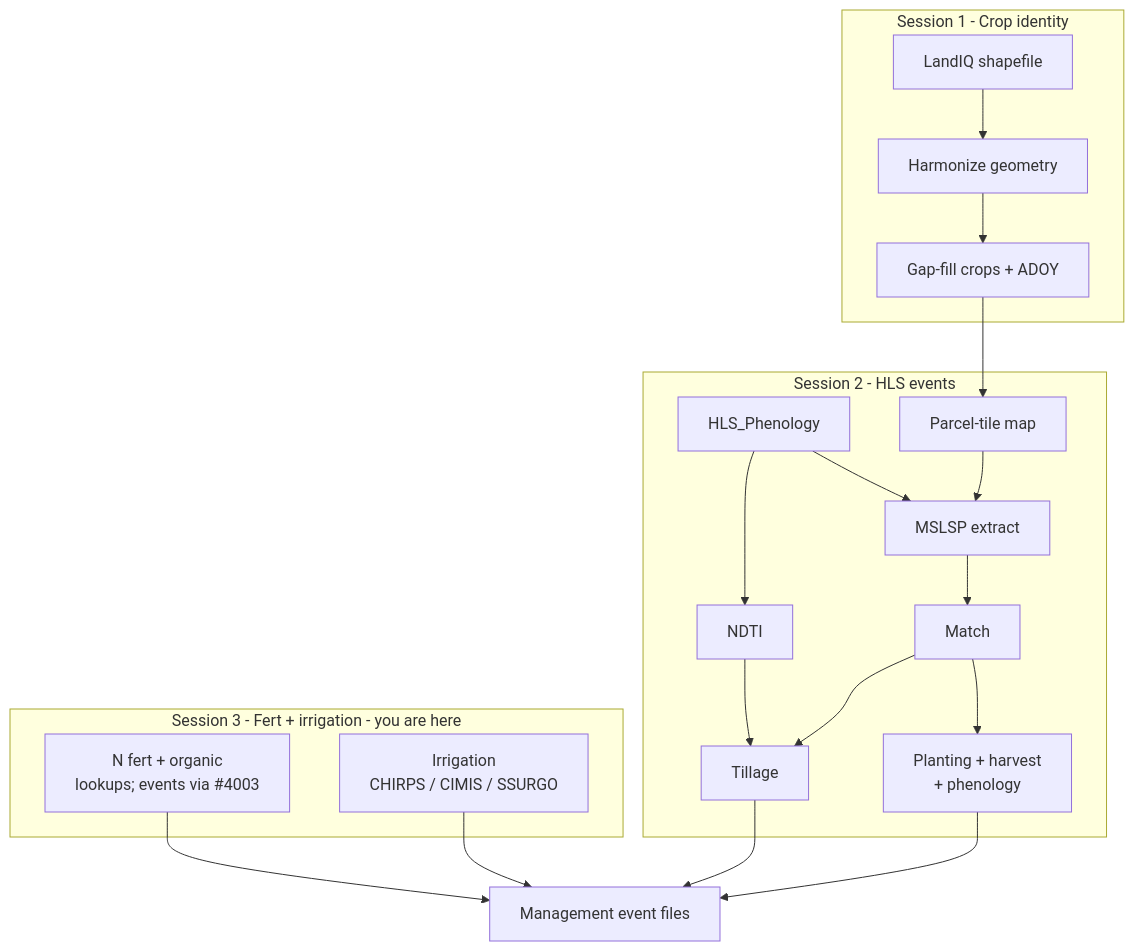
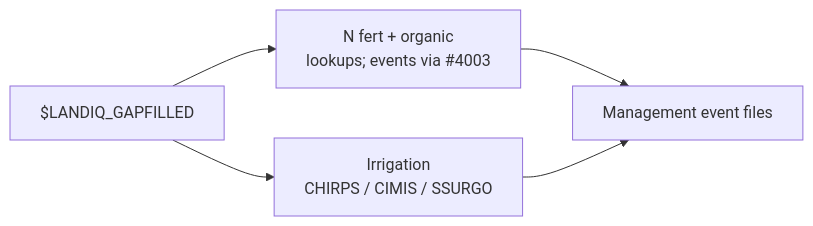
One commit to PecanProject/pecan changed the second of 2 diagrams in modules/data.remote/inst/ccmmf/documentation/sessions/03-fertilizer-irrigation.md. Above: the diagram before and after it, drawn with Mermaid. The commit also changed other lines of this file and 4 other files, not shown here.

First line of the commit message:
Clarify year-pair inventory concept and unify session Context diagrams.

````diff
--- a/modules/data.remote/inst/ccmmf/documentation/sessions/03-fertilizer-irrigation.md
+++ b/modules/data.remote/inst/ccmmf/documentation/sessions/03-fertilizer-irrigation.md
@@ -24,28 +35,7 @@
 ```mermaid
-flowchart TB
-  subgraph S1["Session 1 - Crop identity"]
-    DWR["LandIQ shapefile"] --> CADWR["Harmonize geometry"]
-    CADWR --> GF["Gap-fill crops + ADOY"]
-  end
-
-  subgraph S2["Session 2 - HLS events"]
-    HLS["HLS_Phenology"] --> MSLSP["MSLSP extract"]
-    GF --> MAP["Parcel-tile map"]
-    MAP --> MSLSP
-    MSLSP --> MATCH["Match"]
-    MATCH --> EV1["Planting + harvest\n+ phenology"]
-    HLS --> NDTI["NDTI"]
-    NDTI --> EV2["Tillage"]
-    MATCH --> EV2
-  end
-
-  subgraph S3["Session 3 - Fert + irrigation - you are here"]
-    FERT["N fert + organic\nlookups; events via #4003"]
-    IRR["Irrigation\nCHIRPS / CIMIS / SSURGO"]
-  end
-
-  EV1 --> OUT["Management event files"]
-  EV2 --> OUT
-  FERT --> OUT
+flowchart LR
+  LANDIQ["$LANDIQ_GAPFILLED"] --> FERT["N fert + organic\nlookups; events via #4003"]
+  LANDIQ --> IRR["Irrigation\nCHIRPS / CIMIS / SSURGO"]
+  FERT --> OUT["Management event files"]
   IRR --> OUT
 ```
````
